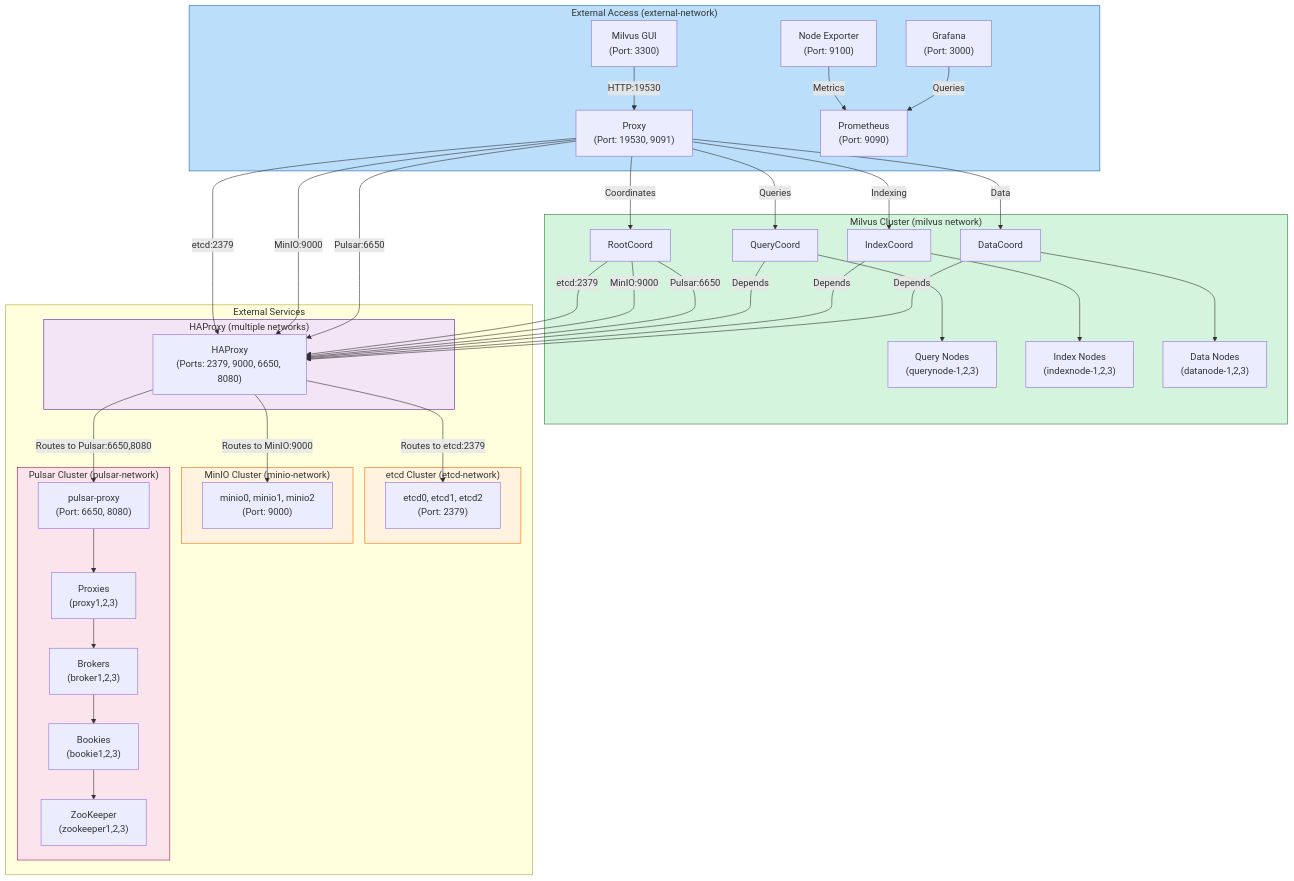
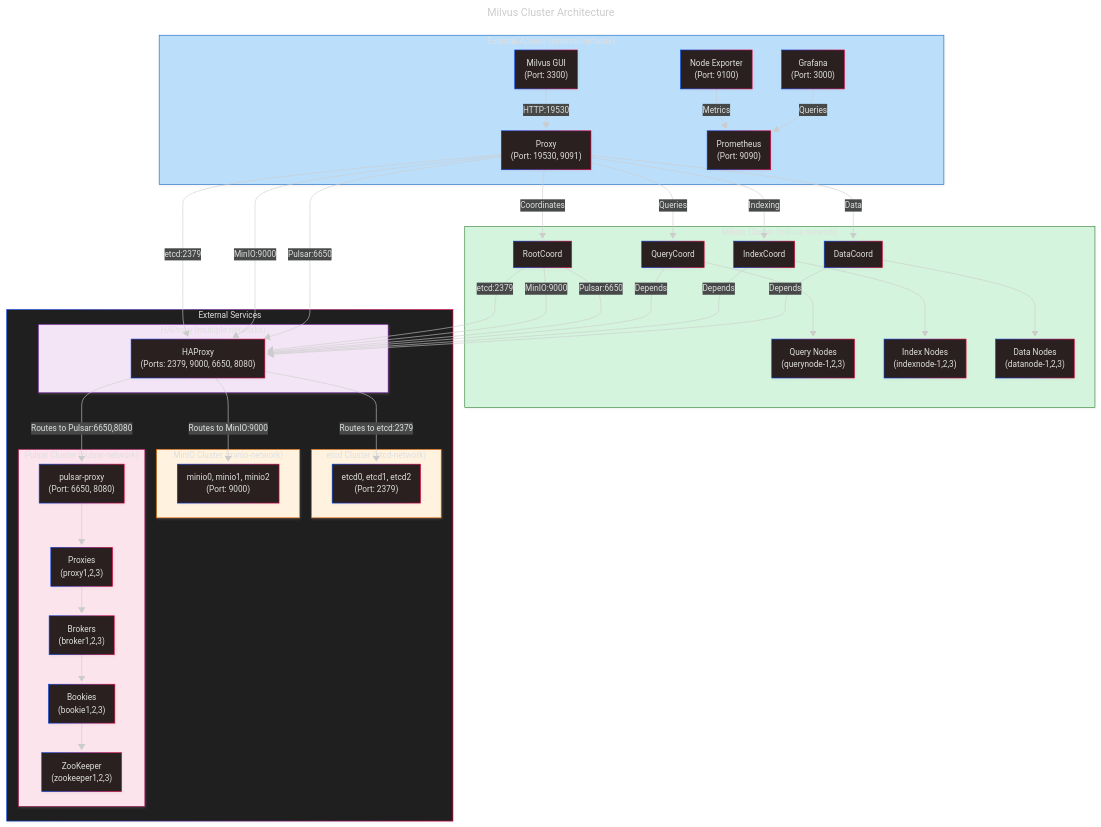
Before and after one commit to dellius-alexander/Milvus-HA-Cluster: the diagram in README.md, drawn with Mermaid.

Commit message:
refactored README.md based on fully working cluster implementation.

````diff
--- a/README.md
+++ b/README.md
@@ -180,72 +180,79 @@
 ```mermaid
+---
+title: Milvus Cluster Architecture
+config:
+    layout: auto
+    look: neo
+    theme: neo-dark
+---
 graph TD
     %% Define subgraphs for logical grouping
     subgraph External_Access["External Access (external-network)"]
         GUI["Milvus GUI<br>(Port: 3300)"] -->|HTTP:19530| Proxy["Proxy<br>(Port: 19530, 9091)"]
         NodeExporter["Node Exporter<br>(Port: 9100)"] -->|Metrics| Prometheus
         Grafana["Grafana<br>(Port: 3000)"] -->|Queries| Prometheus
         Prometheus["Prometheus<br>(Port: 9090)"]
     end
 
     subgraph Milvus_Cluster["Milvus Cluster (milvus network)"]
         Proxy -->|Coordinates| RootCoord["RootCoord"]
         Proxy -->|Queries| QueryCoord["QueryCoord"]
         Proxy -->|Indexing| IndexCoord["IndexCoord"]
         Proxy -->|Data| DataCoord["DataCoord"]
         
         QueryCoord --> QueryNodes["Query Nodes<br>(querynode-1,2,3)"]
         IndexCoord --> IndexNodes["Index Nodes<br>(indexnode-1,2,3)"]
         DataCoord --> DataNodes["Data Nodes<br>(datanode-1,2,3)"]
     end
 
     subgraph External_Services["External Services"]
         subgraph HAProxy_Network["HAProxy (multiple networks)"]
             HAProxy["HAProxy<br>(Ports: 2379, 9000, 6650, 8080)"]
         end
         
         subgraph Etcd_Cluster["etcd Cluster (etcd-network)"]
             Etcd["etcd0, etcd1, etcd2<br>(Port: 2379)"]
         end
         
         subgraph MinIO_Cluster["MinIO Cluster (minio-network)"]
             MinIO["minio0, minio1, minio2<br>(Port: 9000)"]
         end
         
         subgraph Pulsar_Cluster["Pulsar Cluster (pulsar-network)"]
             PulsarProxy["pulsar-proxy<br>(Port: 6650, 8080)"] --> PulsarProxies["Proxies<br>(proxy1,2,3)"]
             PulsarProxies --> Brokers["Brokers<br>(broker1,2,3)"]
             Brokers --> Bookies["Bookies<br>(bookie1,2,3)"]
             Bookies --> ZooKeeper["ZooKeeper<br>(zookeeper1,2,3)"]
         end
     end
 
     %% Define interactions
     Proxy -->|etcd:2379| HAProxy
     Proxy -->|MinIO:9000| HAProxy
     Proxy -->|Pulsar:6650| HAProxy
     
     RootCoord -->|etcd:2379| HAProxy
     RootCoord -->|MinIO:9000| HAProxy
     RootCoord -->|Pulsar:6650| HAProxy
     
     QueryCoord -->|Depends| HAProxy
     IndexCoord -->|Depends| HAProxy
     DataCoord -->|Depends| HAProxy
     
     HAProxy -->|Routes to etcd:2379| Etcd
     HAProxy -->|Routes to MinIO:9000| MinIO
     HAProxy -->|Routes to Pulsar:6650,8080| PulsarProxy
 
     %% Styling for clarity
     classDef milvus fill:#d4f4dd,stroke:#2e7d32;
     classDef external fill:#bbdefb,stroke:#1565c0;
     classDef storage fill:#fff3e0,stroke:#ef6c00;
     classDef messaging fill:#fce4ec,stroke:#ad1457;
     classDef proxy fill:#f3e5f5,stroke:#6a1b9a;
     
     class Milvus_Cluster milvus;
     class External_Access external;
     class Etcd_Cluster,MinIO_Cluster storage;
     class Pulsar_Cluster messaging;
     class HAProxy_Network proxy;
 ```
````
